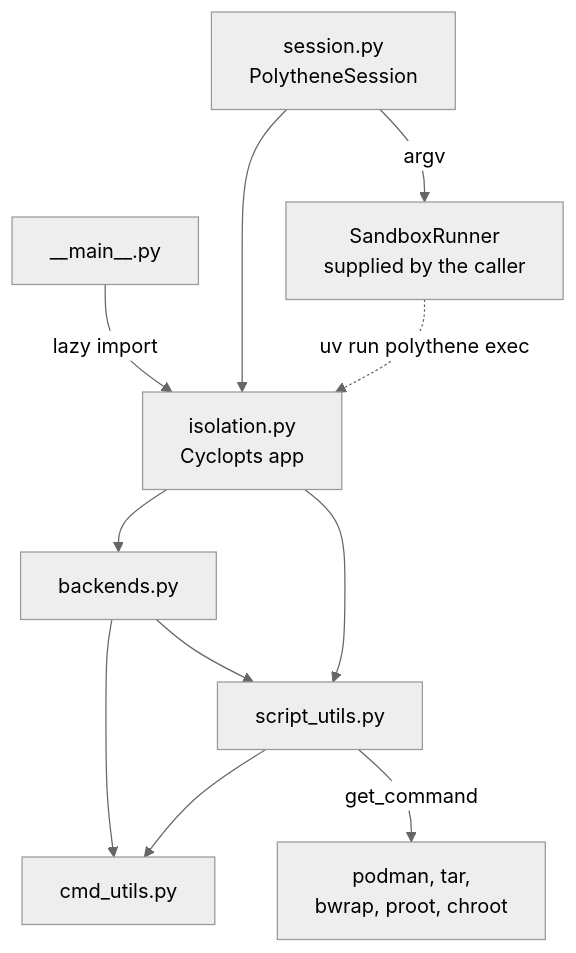
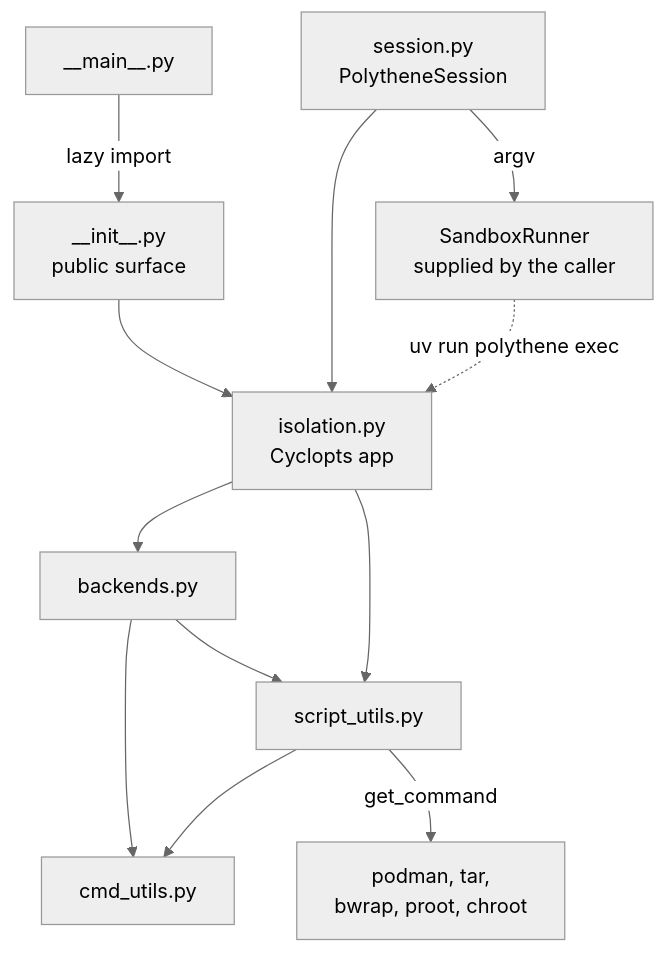
Before and after one commit to leynos/polythene: the diagram in docs/developers-guide.md, drawn with Mermaid (neutral theme). The commit also changed other lines of this file, not shown here.

````diff
--- a/docs/developers-guide.md
+++ b/docs/developers-guide.md
@@ -58,13 +58,14 @@
 ```mermaid
 flowchart TD
-    main["__main__.py"] -->|"lazy import"| cli["isolation.py<br/>Cyclopts app"]
+    main["__main__.py"] -->|"lazy import"| init["__init__.py<br/>public surface"]
+    init --> cli["isolation.py<br/>Cyclopts app"]
     cli --> backends["backends.py"]
     cli --> script["script_utils.py"]
     backends --> cmd["cmd_utils.py"]
     backends --> script
     script --> cmd
     script -->|"get_command"| tools["podman, tar,<br/>bwrap, proot, chroot"]
     session["session.py<br/>PolytheneSession"] --> cli
     session -->|"argv"| runner["SandboxRunner<br/>supplied by the caller"]
     runner -.->|"uv run polythene exec"| cli
 ```
````
